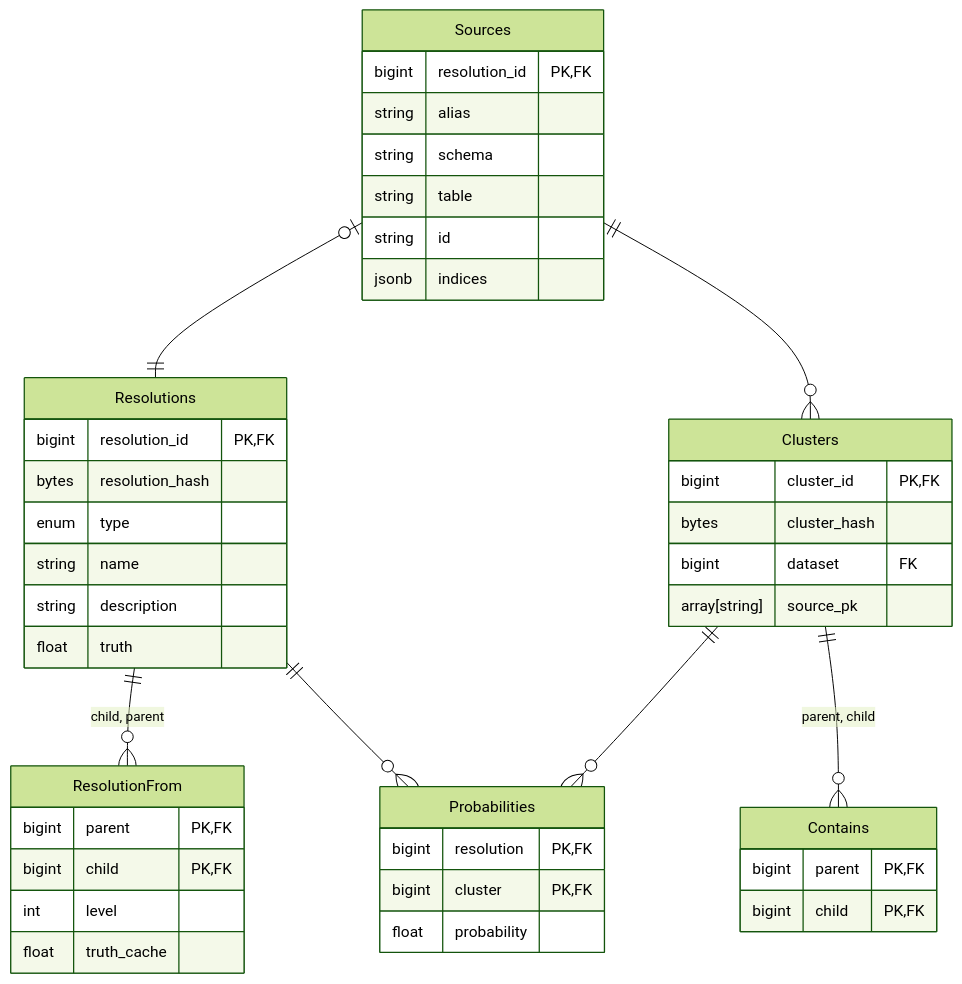
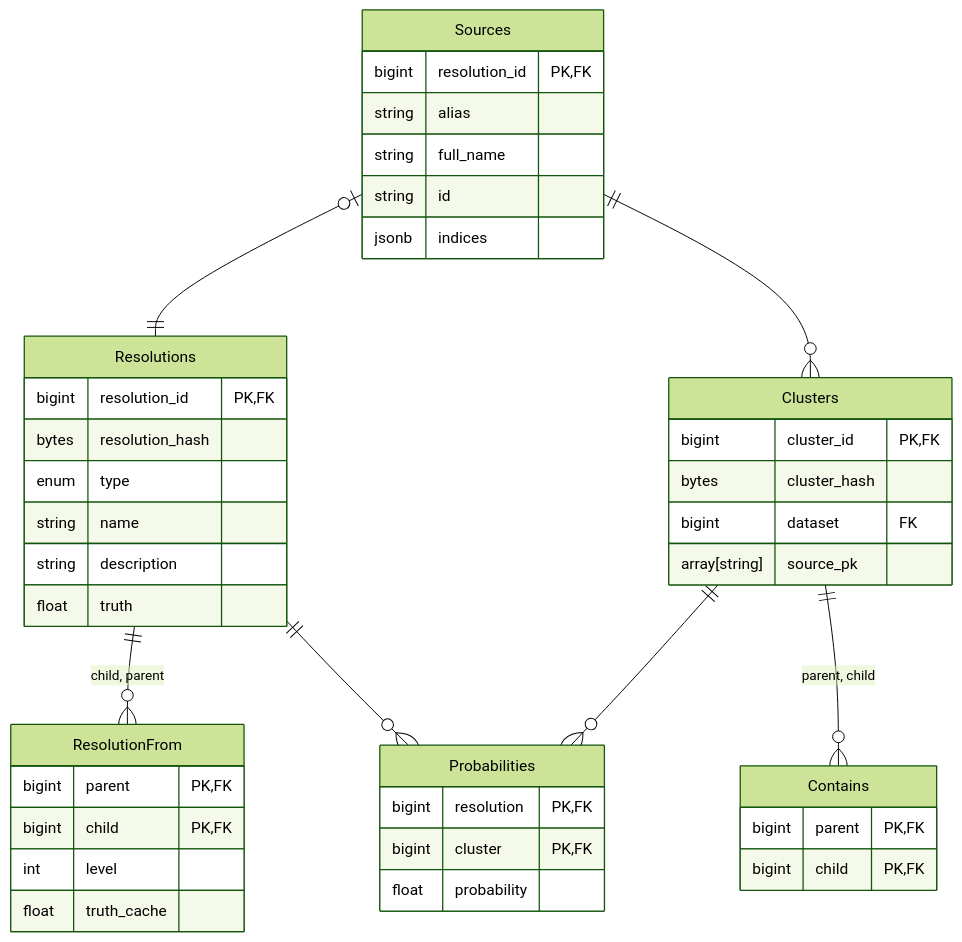
Before and after one commit to will-langdale/matchbox: the diagram in src/matchbox/server/postgresql/README.md, drawn with Mermaid (forest theme). The commit also changed 1 other file, not shown here.

Commit message:
Update ORM

````diff
--- a/src/matchbox/server/postgresql/README.md
+++ b/src/matchbox/server/postgresql/README.md
@@ -14,47 +14,46 @@
 ```mermaid
 erDiagram
     Sources {
         bigint resolution_id PK,FK
         string alias
-        string schema
-        string table
+        string full_name
         string id
         jsonb indices
     }
     Clusters {
         bigint cluster_id PK,FK
         bytes cluster_hash
         bigint dataset FK
         array[string] source_pk
     }
     Contains {
         bigint parent PK,FK
         bigint child PK,FK
     }
     Probabilities {
         bigint resolution PK,FK
         bigint cluster PK,FK
         float probability
     }
     Resolutions {
         bigint resolution_id PK,FK
         bytes resolution_hash
         enum type
         string name
         string description
         float truth
     }
     ResolutionFrom {
         bigint parent PK,FK
         bigint child PK,FK
         int level
         float truth_cache
     }
 
     Sources |o--|| Resolutions : ""
     Sources ||--o{ Clusters : ""
     Clusters ||--o{ Contains : "parent, child"
     Clusters ||--o{ Probabilities : ""
     Resolutions ||--o{ Probabilities : ""
     Resolutions ||--o{ ResolutionFrom : "child, parent"
 ```
````
